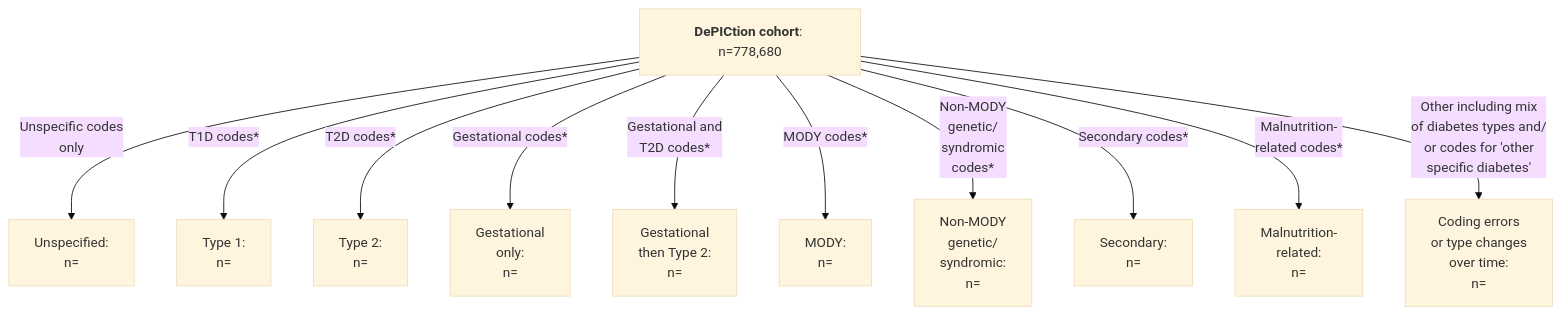
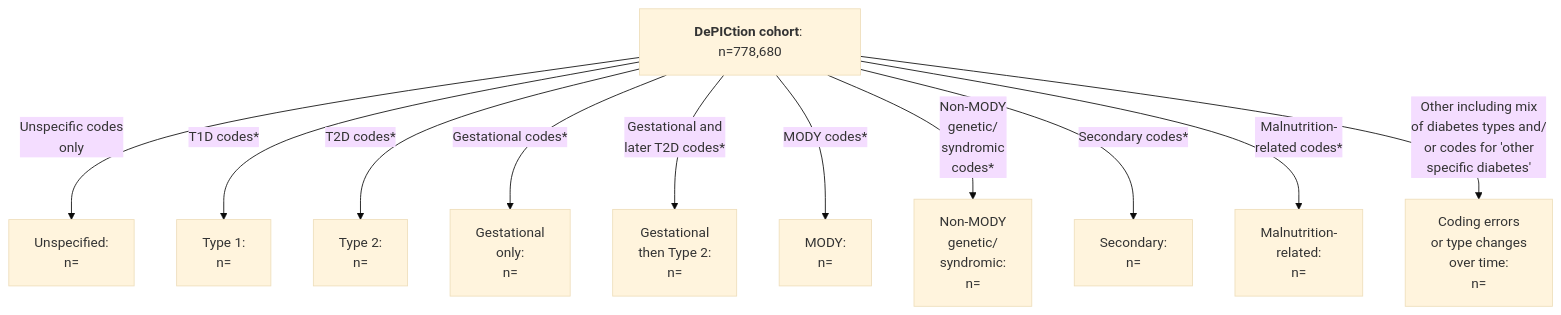
Before and after one commit to Exeter-Diabetes/CPRD-Katie-DePICtion-Scripts: the second of 2 diagrams in README.md, drawn with Mermaid (base theme).

````diff
--- a/README.md
+++ b/README.md
@@ -55,13 +55,13 @@
 ```mermaid
 graph TD;
     A["<b>DePICtion cohort</b>: n=778,680"] --> |"Unspecific codes <br>only"| B["Unspecified: <br>n="]
     A --> |"T1D codes*"| C["Type 1: <br>n="]
     A --> |"T2D codes*"| D["Type 2: <br>n="]
     A --> |"Gestational codes*"| E["Gestational <br>only: <br>n="]
-    A --> |"Gestational and <br>T2D codes*"| F["Gestational <br>then Type 2: <br>n="]
+    A --> |"Gestational and <br>later T2D codes*"| F["Gestational <br>then Type 2: <br>n="]
     A --> |"MODY codes*"| G["MODY: <br>n="]
     A --> |"Non-MODY <br>genetic/<br>syndromic <br>codes*"| H["Non-MODY <br>genetic/<br>syndromic: <br>n="]
     A --> |"Secondary codes*"| I["Secondary: <br>n="]
     A --> |"Malnutrition-<br>related codes*"| J["Malnutrition-<br>related: <br>n="]
     A --> |"Other including mix <br>of diabetes types and/<br>or codes for 'other <br>specific diabetes'"| K["Coding errors <br>or type changes<br> over time: <br>n="]
 ```
````
